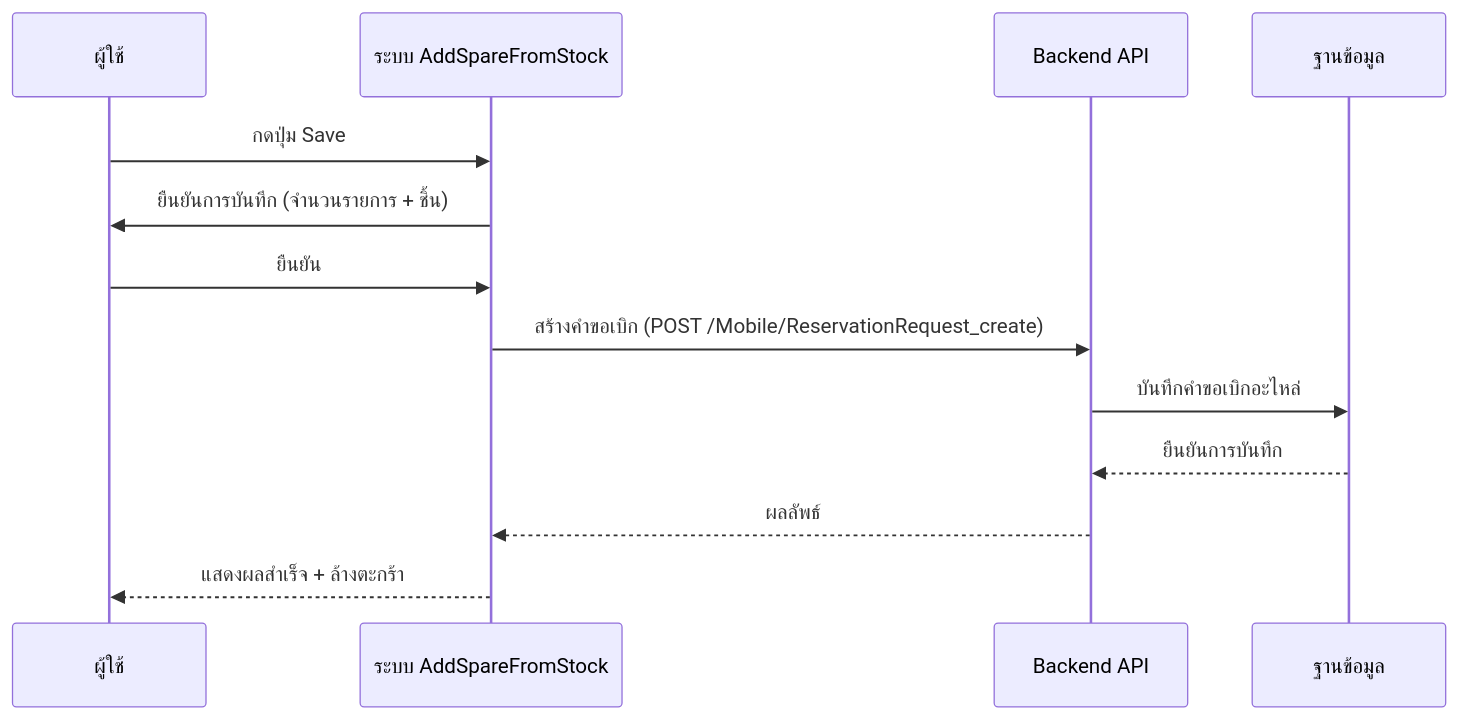
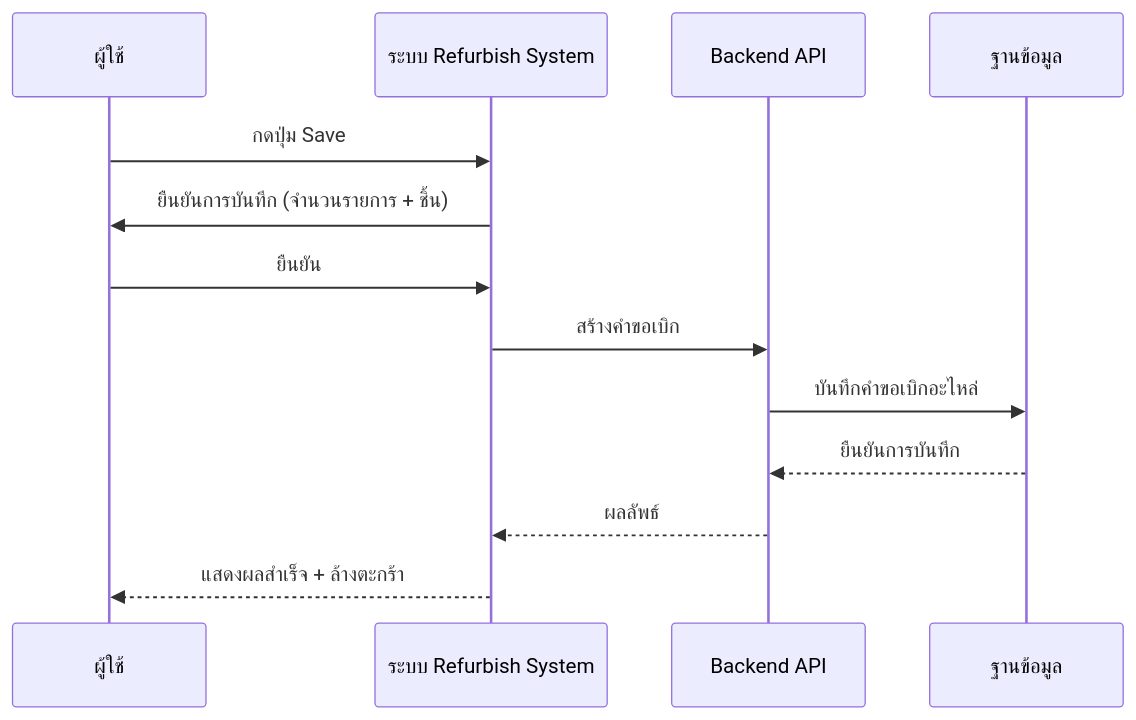
The fourth of 4 diagrams in docs/AddSpareFromStock_SequenceDiagram.md (akkdach/pro-iot-mobile), drawn with Mermaid before and after one commit. The commit also changed other lines of this file and 10 other files, not shown here.

````diff
--- a/docs/AddSpareFromStock_SequenceDiagram.md
+++ b/docs/AddSpareFromStock_SequenceDiagram.md
@@ -60,16 +60,16 @@
 ```mermaid
 sequenceDiagram
     participant U as ผู้ใช้
-    participant AS as ระบบ AddSpareFromStock
+    participant AS as ระบบ Refurbish System
     participant API as Backend API
     participant DB as ฐานข้อมูล
 
     U->>AS: กดปุ่ม Save
     AS->>U: ยืนยันการบันทึก (จำนวนรายการ + ชิ้น)
     U->>AS: ยืนยัน
-    AS->>API: สร้างคำขอเบิก (POST /Mobile/ReservationRequest_create)
+    AS->>API: สร้างคำขอเบิก
     API->>DB: บันทึกคำขอเบิกอะไหล่
     DB-->>API: ยืนยันการบันทึก
     API-->>AS: ผลลัพธ์
     AS-->>U: แสดงผลสำเร็จ + ล้างตะกร้า
 ```
````
